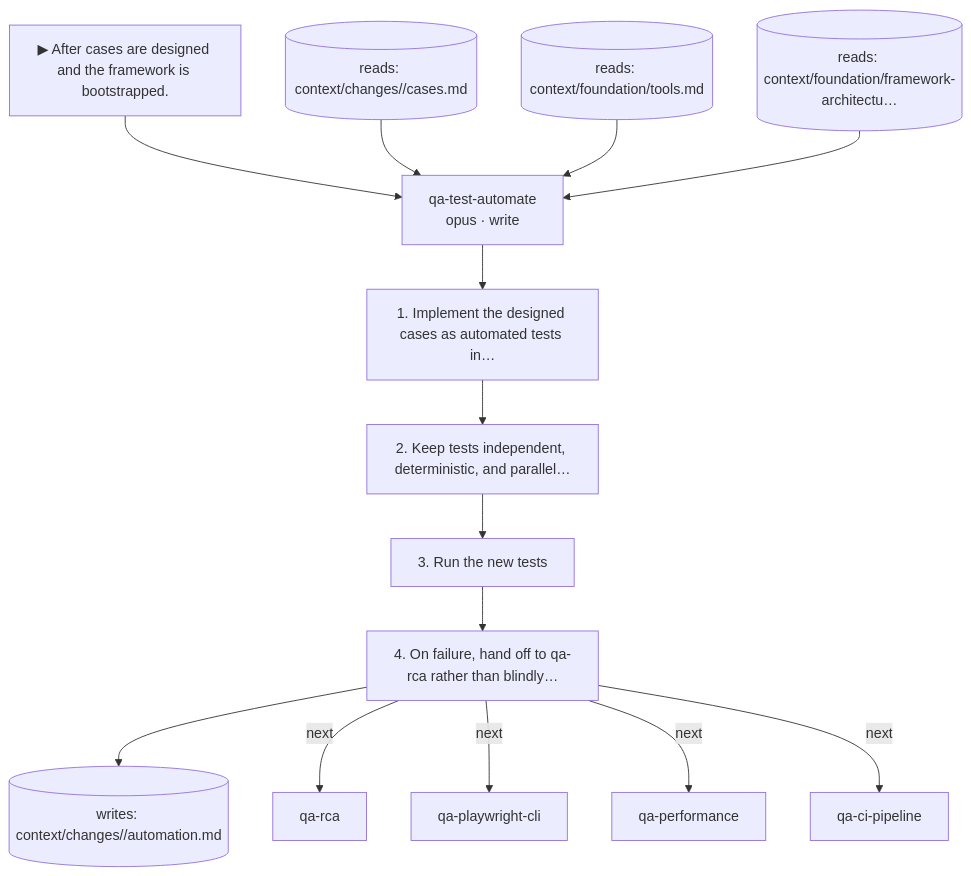
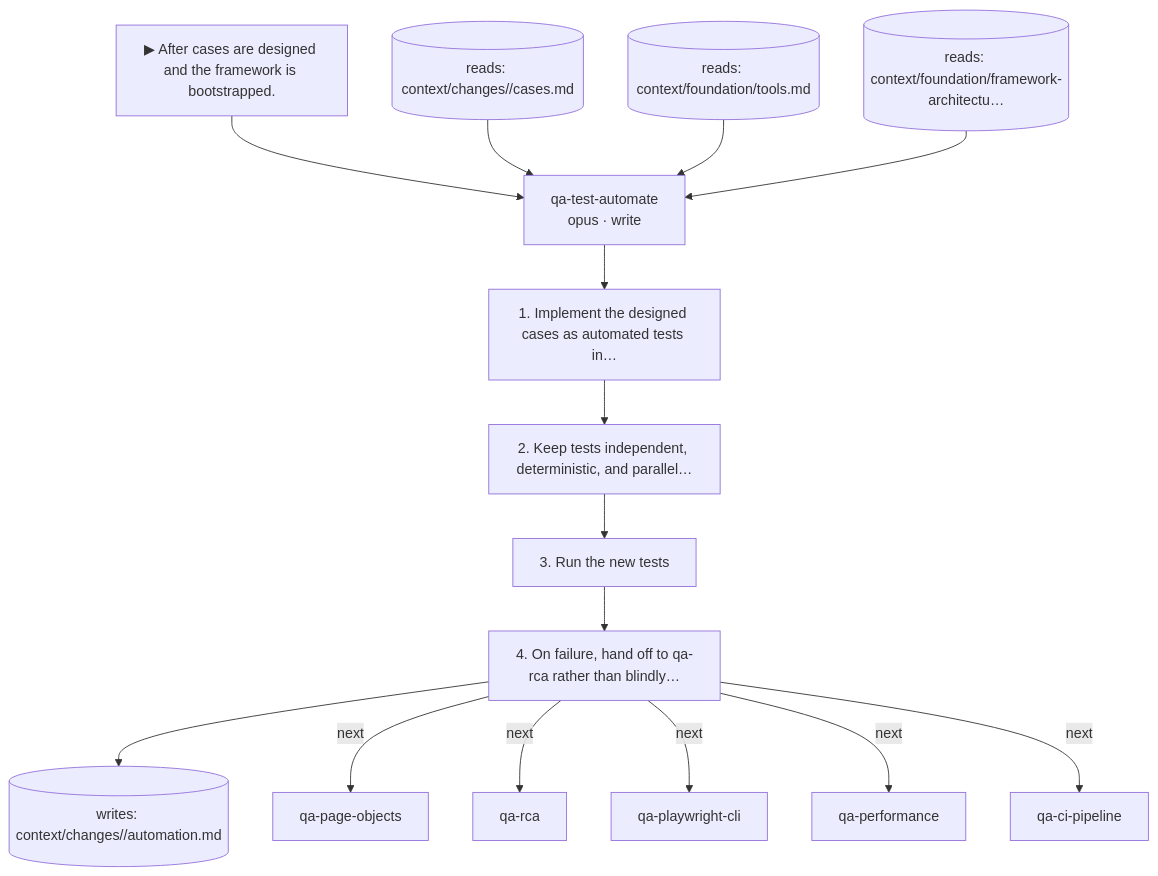
Before and after one commit to Assamir/ai-process-orchestration: diagram 17 of 31 in docs/skill-catalog.md, drawn with Mermaid. The commit also changed other lines of this file and 14 other files, not shown here.

````diff
--- a/docs/skill-catalog.md
+++ b/docs/skill-catalog.md
@@ -581,26 +634,27 @@
 ```mermaid
 flowchart TD
   trig["▶ After cases are designed and the framework is bootstrapped."]
   qa_test_automate["qa-test-automate<br/>opus · write"]
   trig --> qa_test_automate
   r0[("reads: context/changes/<work-id>/cases.md")]
   r0 --> qa_test_automate
   r1[("reads: context/foundation/tools.md")]
   r1 --> qa_test_automate
   r2[("reads: context/foundation/framework-architectu…")]
   r2 --> qa_test_automate
   s0["1. Implement the designed cases as automated tests in…"]
   qa_test_automate --> s0
   s1["2. Keep tests independent, deterministic, and parallel…"]
   s0 --> s1
   s2["3. Run the new tests"]
   s1 --> s2
   s3["4. On failure, hand off to qa-rca rather than blindly…"]
   s2 --> s3
   w0[("writes: context/changes/<work-id>/automation.md")]
   s3 --> w0
+  s3 -->|next| qa_page_objects["qa-page-objects"]
   s3 -->|next| qa_rca["qa-rca"]
   s3 -->|next| qa_playwright_cli["qa-playwright-cli"]
   s3 -->|next| qa_performance["qa-performance"]
   s3 -->|next| qa_ci_pipeline["qa-ci-pipeline"]
 ```
````
